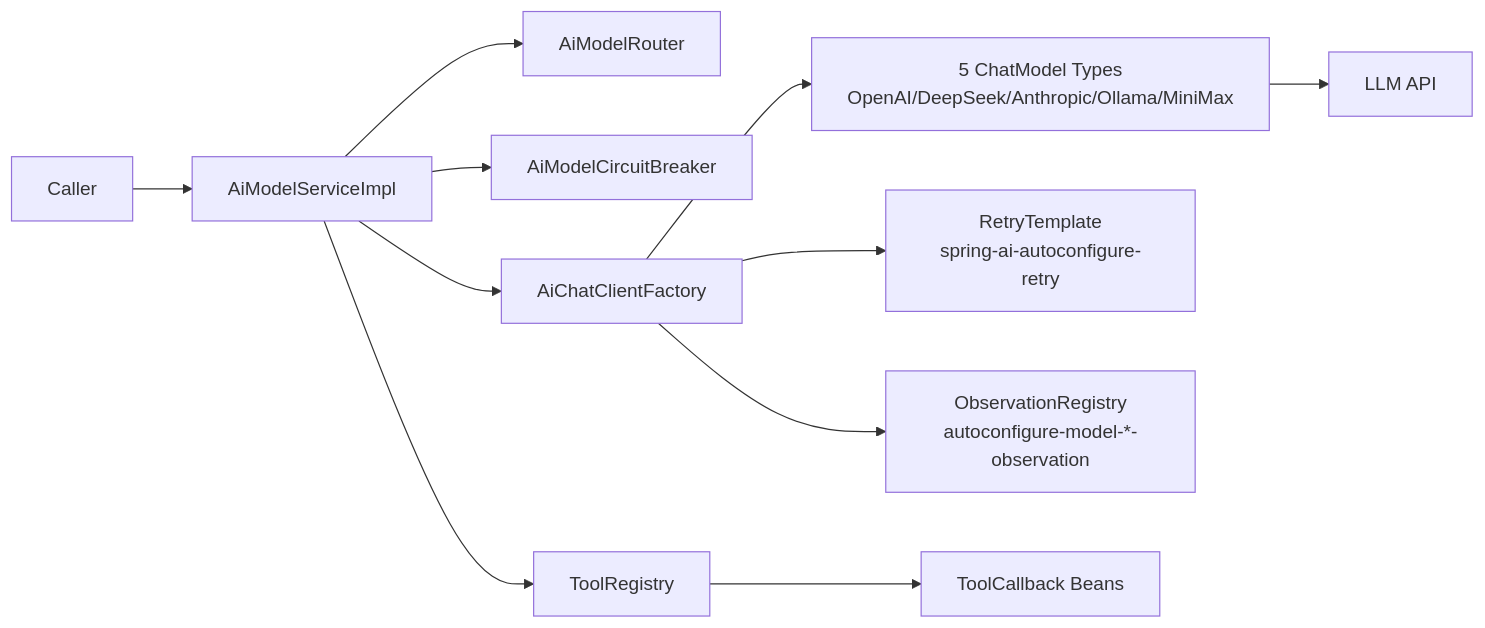
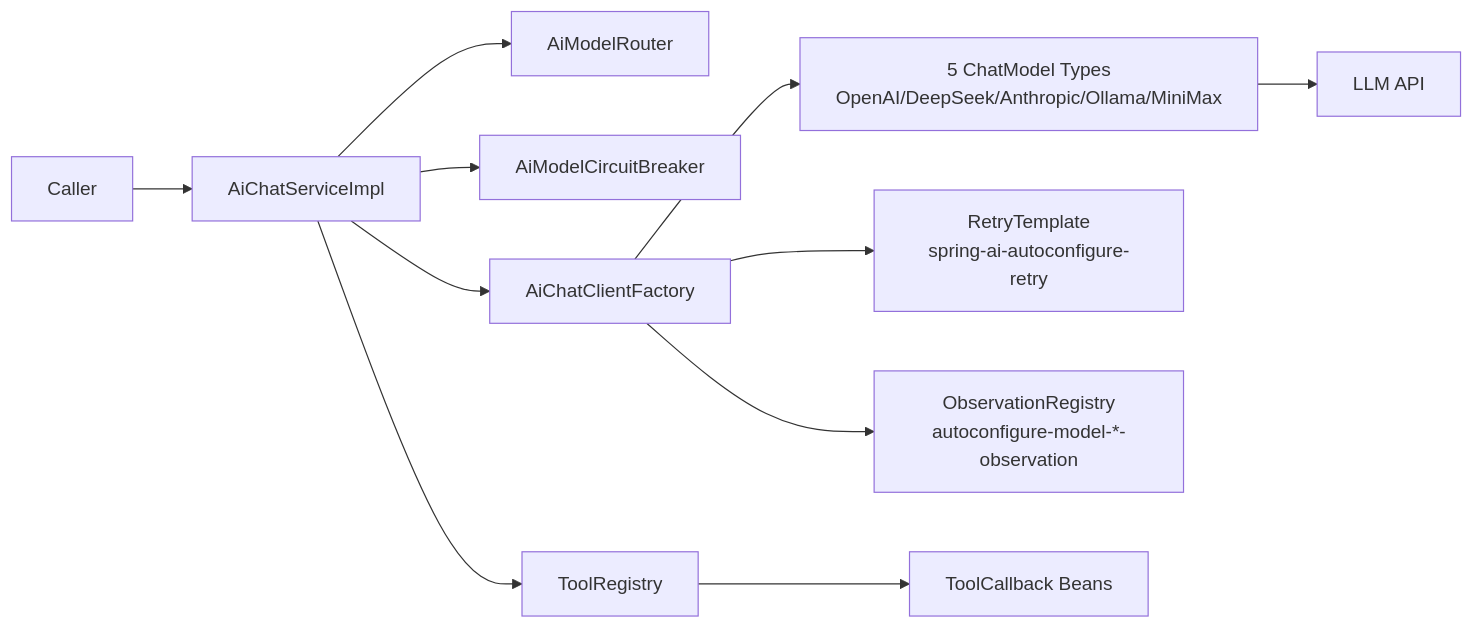
One commit to richie696/atlas-richie-platform changed the first of 27 diagrams in atlas-richie-component/atlas-richie-component-ai/README.md. Above: the diagram before and after it, drawn with Mermaid. The commit also changed other lines of this file and 241 other files, not shown here.

````diff
--- a/atlas-richie-component/atlas-richie-component-ai/README.md
+++ b/atlas-richie-component/atlas-richie-component-ai/README.md
@@ -549,13 +804,13 @@
 ```mermaid
 graph LR
-    Caller[Caller] --> Service[AiModelServiceImpl]
+    Caller[Caller] --> Service[AiChatServiceImpl]
     Service --> Router[AiModelRouter]
     Service --> CB[AiModelCircuitBreaker]
     Service --> ToolReg[ToolRegistry]
     Service --> Factory[AiChatClientFactory]
     Factory --> Models[5 ChatModel Types<br/>OpenAI/DeepSeek/Anthropic/Ollama/MiniMax]
     Factory --> Retry[RetryTemplate<br/>spring-ai-autoconfigure-retry]
     Factory --> Obs[ObservationRegistry<br/>autoconfigure-model-*-observation]
     Models --> LLM[LLM API]
     ToolReg --> Tools[ToolCallback Beans]
 ```
````
